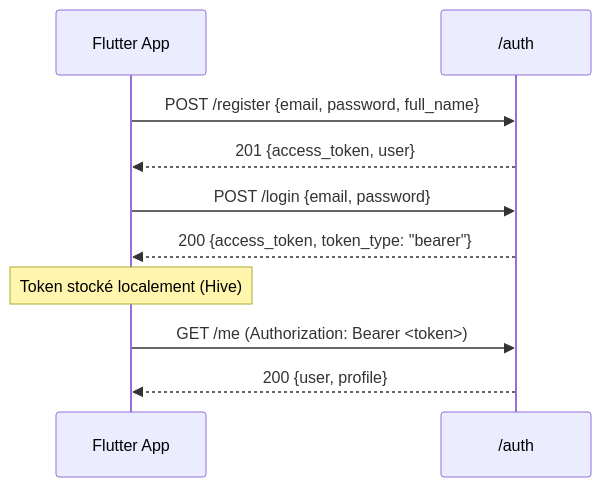
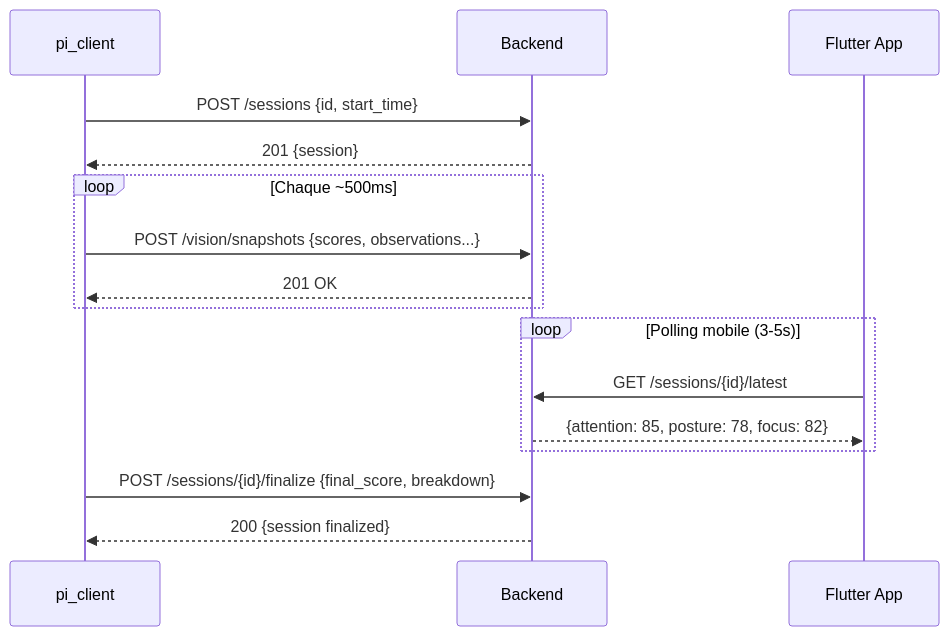
The second of 3 diagrams in docs/Conception_Endpoints_API.md (Jkacem/smart_focus), drawn with Mermaid before and after one commit. The commit also changed other lines of this file and 93 other files, not shown here.

````diff
--- a/docs/Conception_Endpoints_API.md
+++ b/docs/Conception_Endpoints_API.md
@@ -90,15 +157,22 @@
 ```mermaid
 sequenceDiagram
+    participant PI as pi_client
+    participant API as Backend
     participant APP as Flutter App
-    participant API as /auth
 
-    APP->>API: POST /register {email, password, full_name}
-    API-->>APP: 201 {access_token, user}
+    PI->>API: POST /sessions {id, start_time}
+    API-->>PI: 201 {session}
 
-    APP->>API: POST /login {email, password}
-    API-->>APP: 200 {access_token, token_type: "bearer"}
+    loop Chaque ~500ms
+        PI->>API: POST /vision/snapshots {scores, observations...}
+        API-->>PI: 201 OK
+    end
 
-    note over APP: Token stocké localement (Hive)
-    APP->>API: GET /me (Authorization: Bearer <token>)
-    API-->>APP: 200 {user, profile}
+    loop Polling mobile (3-5s)
+        APP->>API: GET /sessions/{id}/latest
+        API-->>APP: {attention: 85, posture: 78, focus: 82}
+    end
+
+    PI->>API: POST /sessions/{id}/finalize {final_score, breakdown}
+    API-->>PI: 200 {session finalized}
 ```
````
